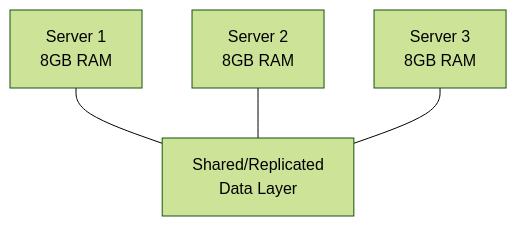
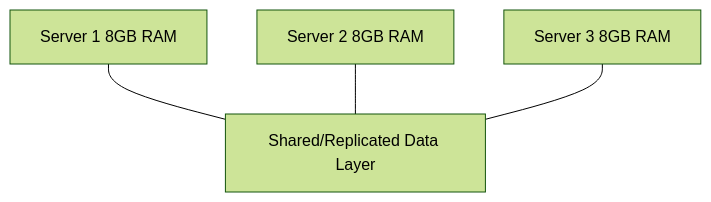
Before and after one commit to Wolfgang281/MongoDB: the third of 8 diagrams in MongoDB/sql-nosql-scaling-acid-cap.md, drawn with Mermaid (forest theme). The commit also changed other lines of this file, not shown here.

````diff
--- a/MongoDB/sql-nosql-scaling-acid-cap.md
+++ b/MongoDB/sql-nosql-scaling-acid-cap.md
@@ -175,7 +175,7 @@
 ```mermaid
 graph TD
-    A["Server 1\n8GB RAM"] --- Data
-    B["Server 2\n8GB RAM"] --- Data
-    C["Server 3\n8GB RAM"] --- Data
-    Data["Shared/Replicated\nData Layer"]
+    A["Server 1 8GB RAM"] --- Data
+    B["Server 2 8GB RAM"] --- Data
+    C["Server 3 8GB RAM"] --- Data
+    Data["Shared/Replicated Data Layer"]
 ```
````
